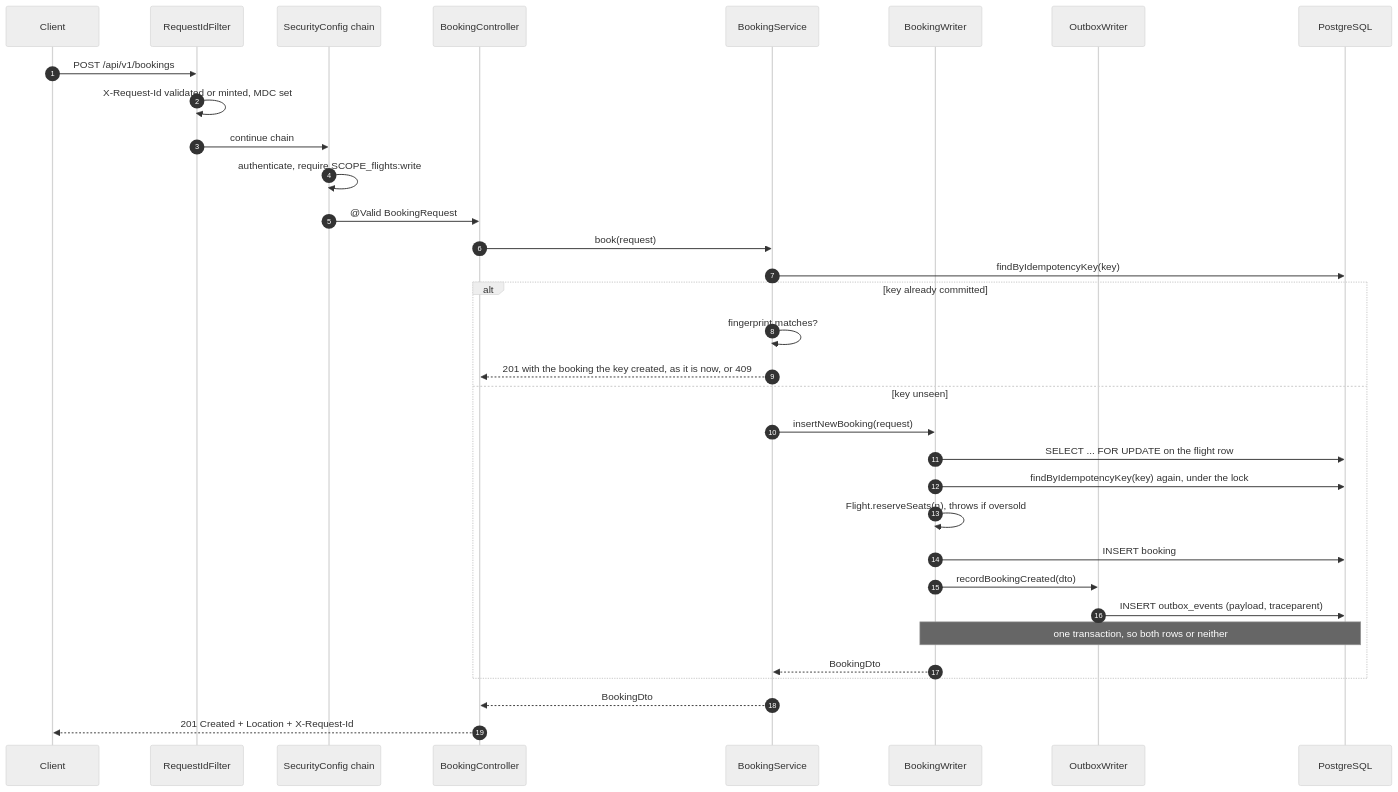
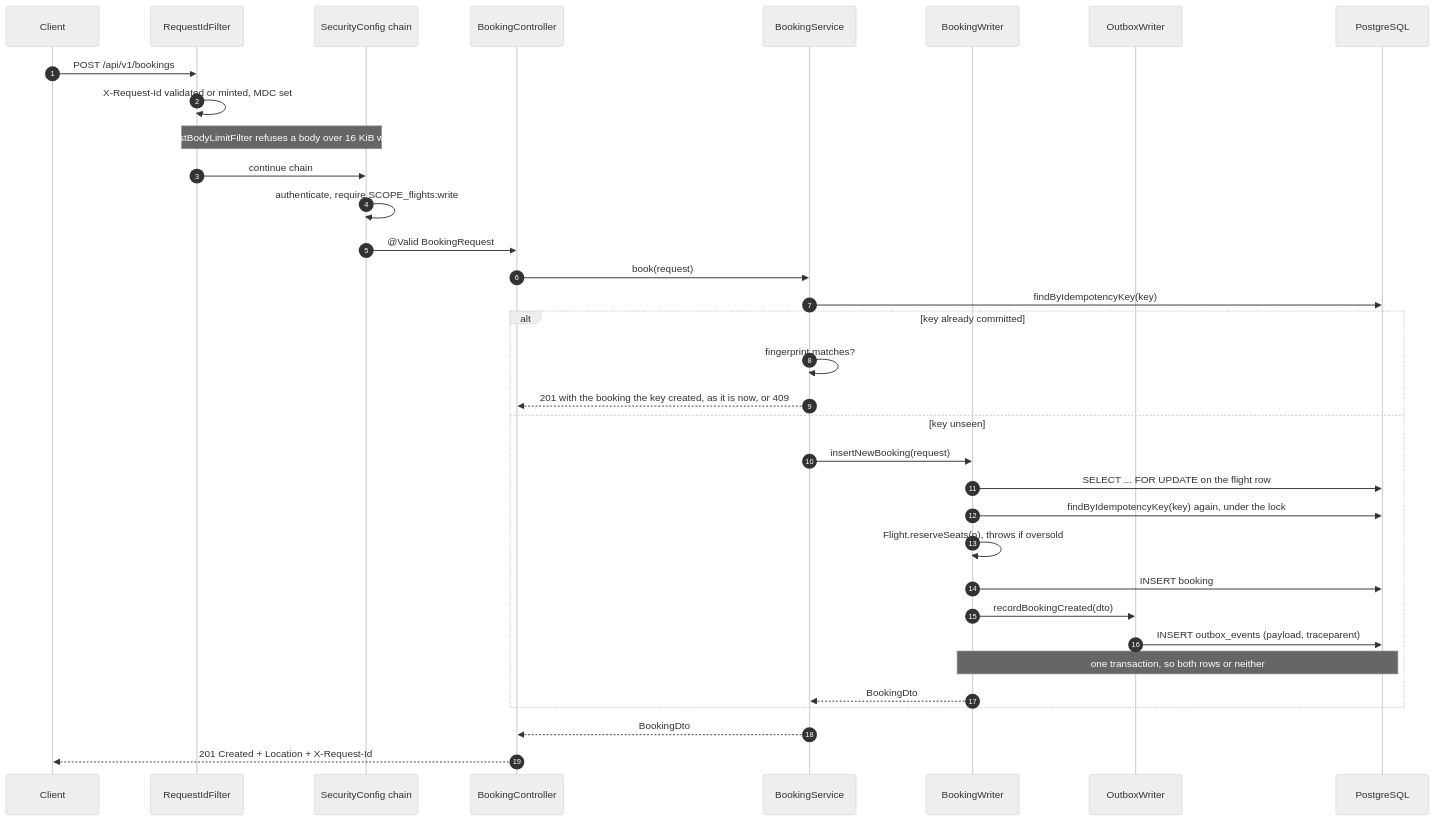
Before and after one commit to smit-lakhani-13/flight-ops-services: the second of 7 diagrams in doc/ARCHITECTURE.md, drawn with Mermaid (neutral theme). The commit also changed other lines of this file and 16 other files, not shown here.

````diff
--- a/doc/ARCHITECTURE.md
+++ b/doc/ARCHITECTURE.md
@@ -99,36 +99,37 @@
 ```mermaid
 sequenceDiagram
     autonumber
     participant C as Client
     participant F as RequestIdFilter
     participant S as SecurityConfig chain
     participant Ctl as BookingController
     participant Svc as BookingService
     participant W as BookingWriter
     participant OW as OutboxWriter
     participant DB as PostgreSQL
 
     C->>F: POST /api/v1/bookings
     F->>F: X-Request-Id validated or minted, MDC set
+    Note over F,S: RequestBodyLimitFilter refuses a body over 16 KiB with 413
     F->>S: continue chain
     S->>S: authenticate, require SCOPE_flights:write
     S->>Ctl: @Valid BookingRequest
     Ctl->>Svc: book(request)
     Svc->>DB: findByIdempotencyKey(key)
     alt key already committed
         Svc->>Svc: fingerprint matches?
         Svc-->>Ctl: 201 with the booking the key created, as it is now, or 409
     else key unseen
         Svc->>W: insertNewBooking(request)
         W->>DB: SELECT ... FOR UPDATE on the flight row
         W->>DB: findByIdempotencyKey(key) again, under the lock
         W->>W: Flight.reserveSeats(n), throws if oversold
         W->>DB: INSERT booking
         W->>OW: recordBookingCreated(dto)
         OW->>DB: INSERT outbox_events (payload, traceparent)
         Note over W,DB: one transaction, so both rows or neither
         W-->>Svc: BookingDto
     end
     Svc-->>Ctl: BookingDto
     Ctl-->>C: 201 Created + Location + X-Request-Id
 ```
````
